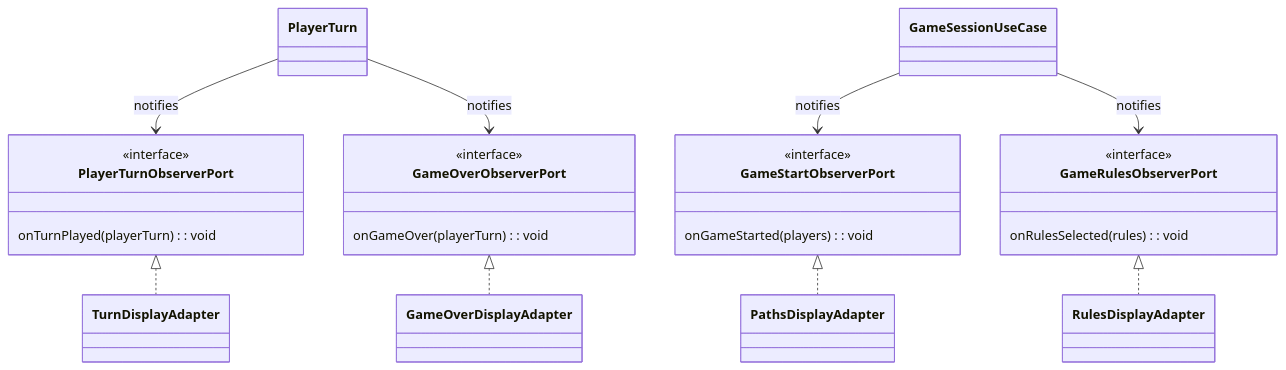
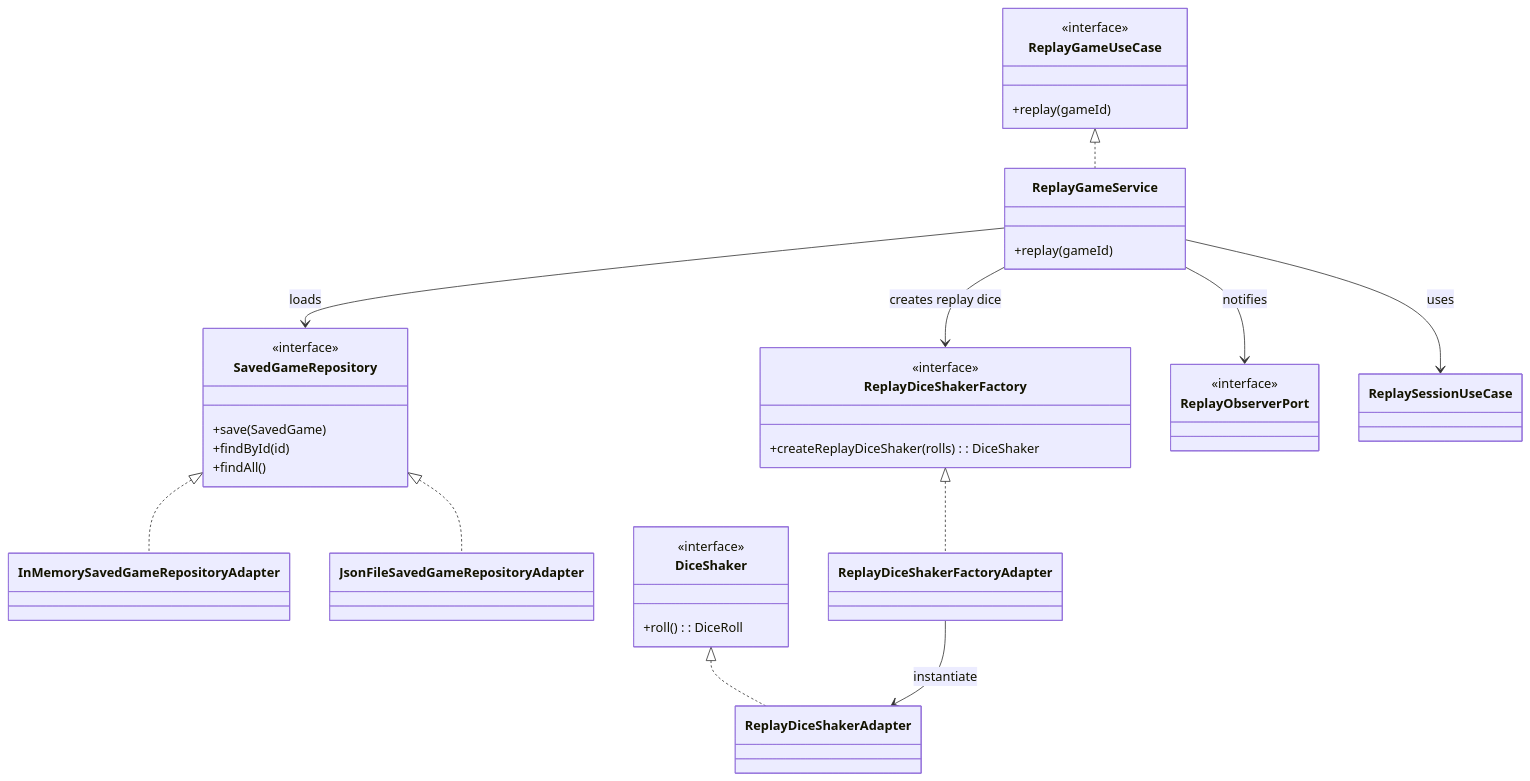
Before and after one commit to SirRmelTheThird/HyperJump: diagram 19 of 30 in README.md, drawn with Mermaid. The commit also changed other lines of this file, not shown here.

````diff
--- a/README.md
+++ b/README.md
@@ -772,39 +887,57 @@
 ```mermaid
 classDiagram
-PlayerTurnObserverPort <|.. TurnDisplayAdapter
-GameOverObserverPort <|.. GameOverDisplayAdapter
-GameStartObserverPort <|.. PathsDisplayAdapter
-GameRulesObserverPort <|.. RulesDisplayAdapter
-PlayerTurn --> PlayerTurnObserverPort : notifies
-PlayerTurn --> GameOverObserverPort : notifies
-GameSessionUseCase --> GameStartObserverPort : notifies
-GameSessionUseCase --> GameRulesObserverPort : notifies
+    ReplayGameUseCase <|.. ReplayGameService
 
-    class PlayerTurnObserverPort {
+    ReplayGameService --> SavedGameRepository : loads
+    ReplayGameService --> ReplayDiceShakerFactory : creates replay dice
+    ReplayGameService --> ReplayObserverPort : notifies
+    ReplayGameService --> ReplaySessionUseCase : uses
+
+    SavedGameRepository <|.. InMemorySavedGameRepositoryAdapter
+    SavedGameRepository <|.. JsonFileSavedGameRepositoryAdapter
+
+    ReplayDiceShakerFactory <|.. ReplayDiceShakerFactoryAdapter
+    DiceShaker <|.. ReplayDiceShakerAdapter
+
+    ReplayDiceShakerFactoryAdapter --> ReplayDiceShakerAdapter : instantiate
+
+    class ReplayGameUseCase {
         <<interface>>
-        onTurnPlayed(playerTurn): void
+        +replay(gameId)
     }
 
-    class GameOverObserverPort {
-        <<interface>>
-        onGameOver(playerTurn): void
+    class ReplayGameService {
+        +replay(gameId)
     }
 
-    class GameStartObserverPort {
+    class SavedGameRepository {
         <<interface>>
-        onGameStarted(players): void
+        +save(SavedGame)
+        +findById(id)
+        +findAll()
     }
 
-    class GameRulesObserverPort {
+    class ReplayDiceShakerFactory {
         <<interface>>
-        onRulesSelected(rules): void
+        +createReplayDiceShaker(rolls): DiceShaker
     }
 
-    class TurnDisplayAdapter
+    class DiceShaker {
+        <<interface>>
+        +roll(): DiceRoll
+    }
 
-    class GameOverDisplayAdapter
+    class ReplayObserverPort {
+        <<interface>>
+    }
 
-    class PathsDisplayAdapter
+    class ReplaySessionUseCase
 
-    class RulesDisplayAdapter
+    class InMemorySavedGameRepositoryAdapter
+
+    class JsonFileSavedGameRepositoryAdapter
+
+    class ReplayDiceShakerFactoryAdapter
+
+    class ReplayDiceShakerAdapter
 ```
````
